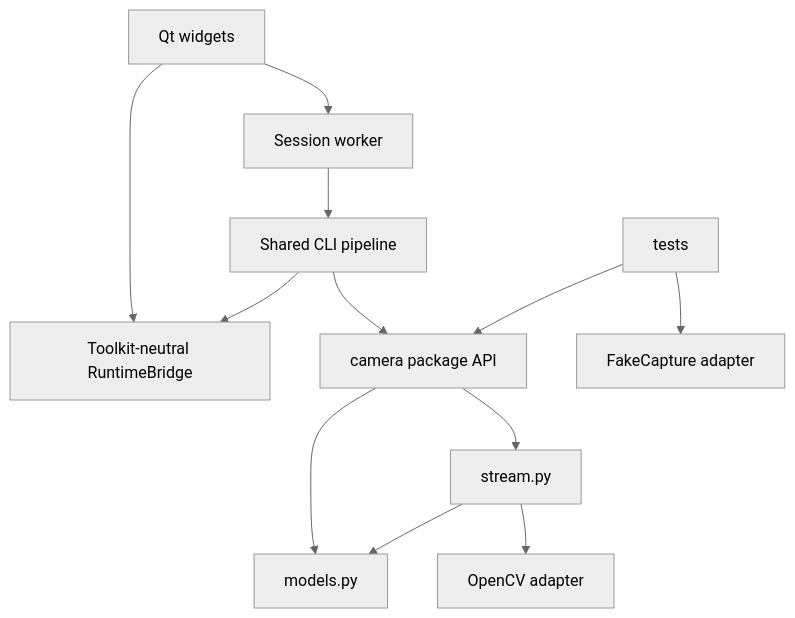
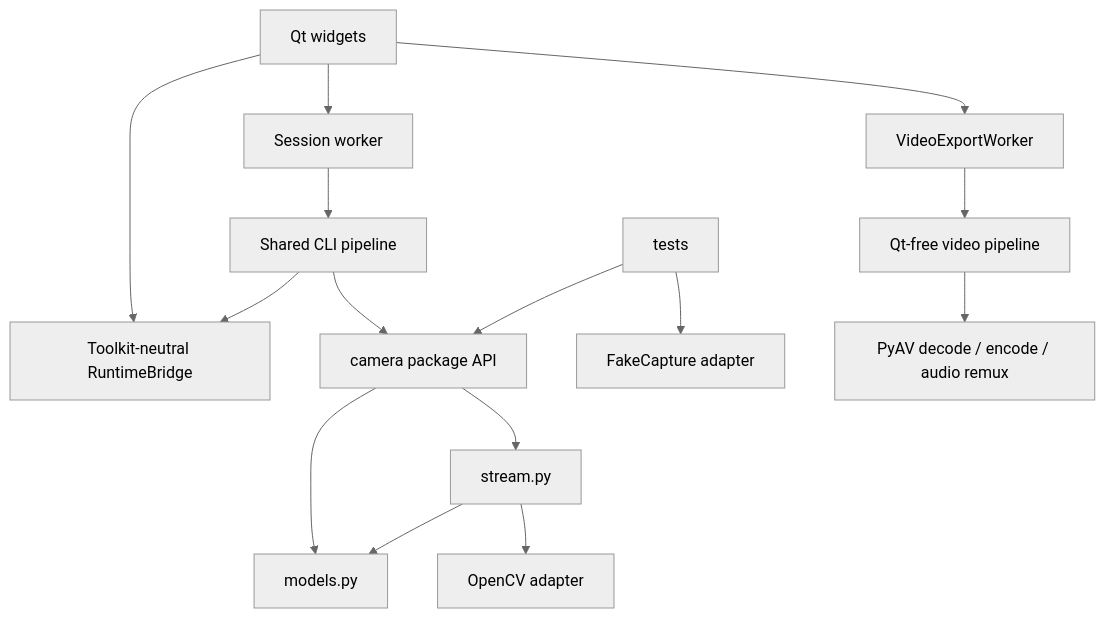
One commit to Zanark/KardboardCode-VTuber changed the third of 3 diagrams in docs/02-architecture/system-architecture.md. Above: the diagram before and after it, drawn with Mermaid (neutral theme). The commit also changed other lines of this file and 75 other files, not shown here.

````diff
--- a/docs/02-architecture/system-architecture.md
+++ b/docs/02-architecture/system-architecture.md
@@ -125,14 +132,17 @@
 ```mermaid
 flowchart TD
     GUI["Qt widgets"] --> Bridge["Toolkit-neutral RuntimeBridge"]
     GUI --> Session["Session worker"]
     Session --> CLI["Shared CLI pipeline"]
+    GUI --> Export["VideoExportWorker"]
+    Export --> Offline["Qt-free video pipeline"]
+    Offline --> PyAV["PyAV decode / encode / audio remux"]
     CLI --> Bridge
     CLI --> CameraAPI["camera package API"]
     CameraAPI --> Models["models.py"]
     CameraAPI --> Stream["stream.py"]
     Stream --> Models
     Stream --> OpenCV["OpenCV adapter"]
     Tests["tests"] --> CameraAPI
     Tests --> Fake["FakeCapture adapter"]
 ```
````
